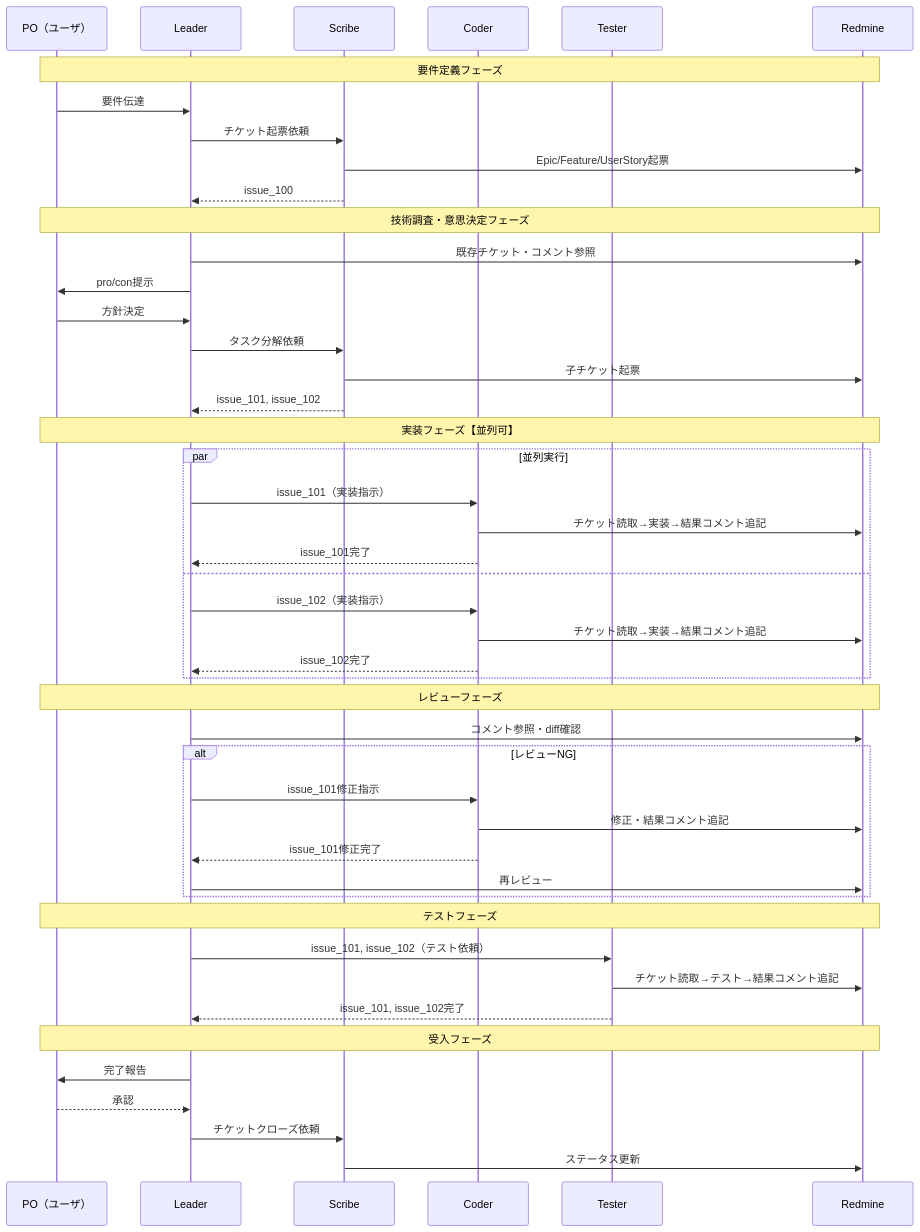
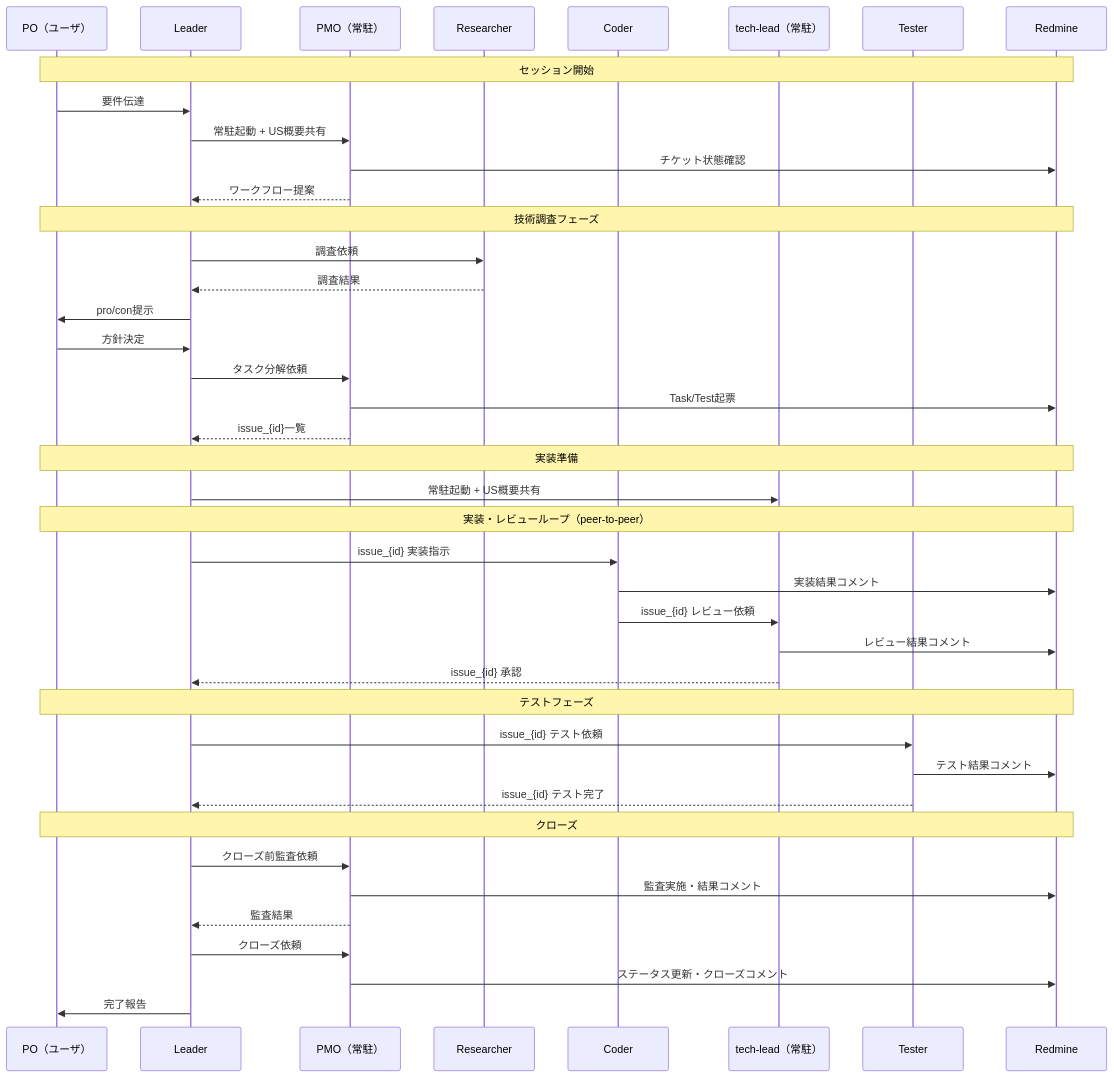
The third of 3 diagrams in docs/ワークフロー図.md (hollySizzle/ticket-tasuki), drawn with Mermaid before and after one commit. The commit also changed other lines of this file and 5 other files, not shown here.

Commit message:
[coder] issue_6228: ワークフロー再設計（peer-to-peer、Scribe廃止、PMO統合）

````diff
--- a/docs/ワークフロー図.md
+++ b/docs/ワークフロー図.md
@@ -60,54 +94,49 @@
 ```mermaid
 sequenceDiagram
     participant PO as PO（ユーザ）
     participant L as Leader
-    participant S as Scribe
+    participant PMO as PMO（常駐）
+    participant R as Researcher
     participant C as Coder
+    participant TL as tech-lead（常駐）
     participant T as Tester
     participant RM as Redmine
 
-    Note over PO,RM: 要件定義フェーズ
+    Note over PO,RM: セッション開始
     PO->>L: 要件伝達
-    L->>S: チケット起票依頼
-    S->>RM: Epic/Feature/UserStory起票
-    S-->>L: issue_100
+    L->>PMO: 常駐起動 + US概要共有
+    PMO->>RM: チケット状態確認
+    PMO-->>L: ワークフロー提案
 
-    Note over PO,RM: 技術調査・意思決定フェーズ
-    L->>RM: 既存チケット・コメント参照
+    Note over PO,RM: 技術調査フェーズ
+    L->>R: 調査依頼
+    R-->>L: 調査結果
     L->>PO: pro/con提示
     PO->>L: 方針決定
-    L->>S: タスク分解依頼
-    S->>RM: 子チケット起票
-    S-->>L: issue_101, issue_102
+    L->>PMO: タスク分解依頼
+    PMO->>RM: Task/Test起票
+    PMO-->>L: issue_{id}一覧
 
-    Note over PO,RM: 実装フェーズ【並列可】
-    par 並列実行
-        L->>C: issue_101（実装指示）
-        C->>RM: チケット読取→実装→結果コメント追記
-        C-->>L: issue_101完了
-    and
-        L->>C: issue_102（実装指示）
-        C->>RM: チケット読取→実装→結果コメント追記
-        C-->>L: issue_102完了
-    end
+    Note over PO,RM: 実装準備
+    L->>TL: 常駐起動 + US概要共有
 
-    Note over PO,RM: レビューフェーズ
-    L->>RM: コメント参照・diff確認
-    alt レビューNG
-        L->>C: issue_101修正指示
-        C->>RM: 修正・結果コメント追記
-        C-->>L: issue_101修正完了
-        L->>RM: 再レビュー
-    end
+    Note over PO,RM: 実装・レビューループ（peer-to-peer）
+    L->>C: issue_{id} 実装指示
+    C->>RM: 実装結果コメント
+    C->>TL: issue_{id} レビュー依頼
+    TL->>RM: レビュー結果コメント
+    TL-->>L: issue_{id} 承認
 
     Note over PO,RM: テストフェーズ
-    L->>T: issue_101, issue_102（テスト依頼）
-    T->>RM: チケット読取→テスト→結果コメント追記
-    T-->>L: issue_101, issue_102完了
+    L->>T: issue_{id} テスト依頼
+    T->>RM: テスト結果コメント
+    T-->>L: issue_{id} テスト完了
 
-    Note over PO,RM: 受入フェーズ
+    Note over PO,RM: クローズ
+    L->>PMO: クローズ前監査依頼
+    PMO->>RM: 監査実施・結果コメント
+    PMO-->>L: 監査結果
+    L->>PMO: クローズ依頼
+    PMO->>RM: ステータス更新・クローズコメント
     L->>PO: 完了報告
-    PO-->>L: 承認
-    L->>S: チケットクローズ依頼
-    S->>RM: ステータス更新
 ```
````
